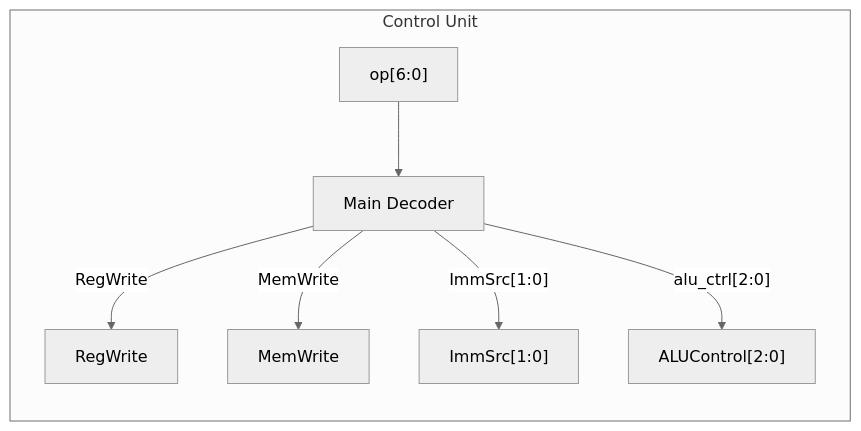
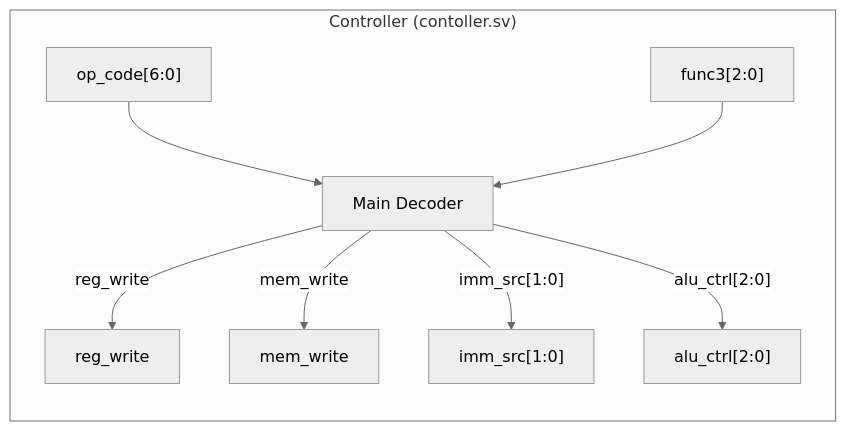
Before and after one commit to nikunjmalik306/rm32: the second of 2 diagrams in README.md, drawn with Mermaid (neutral theme). The commit also changed other lines of this file, not shown here.

````diff
--- a/README.md
+++ b/README.md
@@ -260,12 +196,13 @@
 ```mermaid
 flowchart TD
-    subgraph Control_Unit["Control Unit"]
+    subgraph Control_Unit["Controller (contoller.sv)"]
         direction TB
-        OP["op[6:0]"] --> MainDec["Main Decoder"]
+        OP["op_code[6:0]"] --> MainDec["Main Decoder"]
+        F3["func3[2:0]"] --> MainDec
         
-        MainDec -->|"RegWrite"| RW["RegWrite"]
-        MainDec -->|"MemWrite"| MW["MemWrite"]
-        MainDec -->|"ImmSrc[1:0]"| IS["ImmSrc[1:0]"]
-        MainDec -->|"alu_ctrl[2:0]"| AC["ALUControl[2:0]"]
+        MainDec -->|"reg_write"| RW["reg_write"]
+        MainDec -->|"mem_write"| MW["mem_write"]
+        MainDec -->|"imm_src[1:0]"| IS["imm_src[1:0]"]
+        MainDec -->|"alu_ctrl[2:0]"| AC["alu_ctrl[2:0]"]
     end
 ```
````
